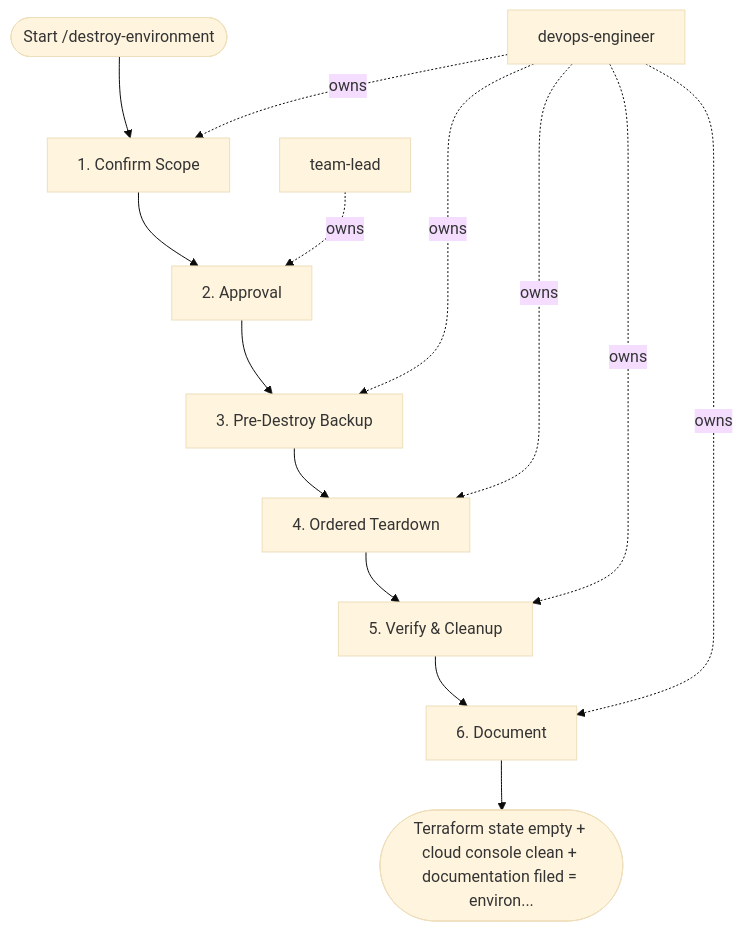
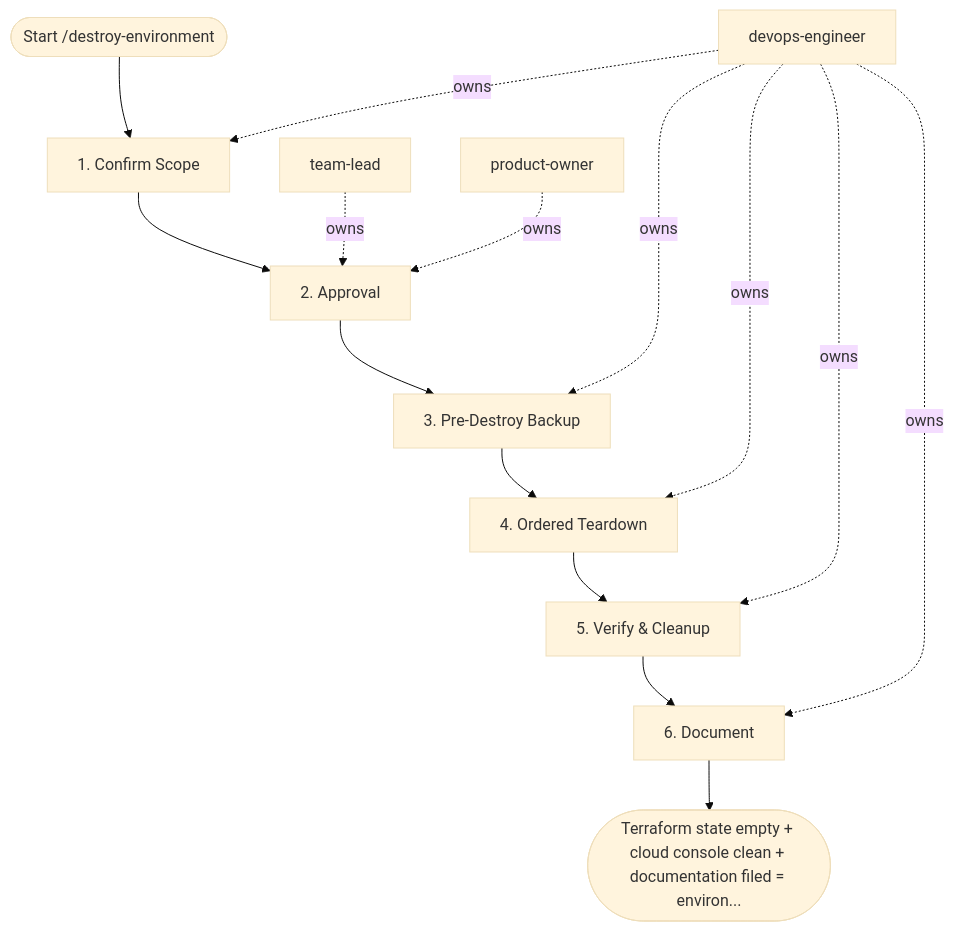
One commit to sawrus/agent-guides changed the diagram in areas/devops/infrastructure/workflows/destroy-environment.md. Above: the diagram before and after it, drawn with Mermaid (base theme). The commit also changed other lines of this file and 88 other files, not shown here.

````diff
--- a/areas/devops/infrastructure/workflows/destroy-environment.md
+++ b/areas/devops/infrastructure/workflows/destroy-environment.md
@@ -98,26 +109,28 @@
 ```mermaid
 flowchart TD
   start(["Start /destroy-environment"])
   role_1["devops-engineer"]
   role_2["team-lead"]
+  role_3["product-owner"]
   step_1["1. Confirm Scope"]
   step_2["2. Approval"]
   step_3["3. Pre-Destroy Backup"]
   step_4["4. Ordered Teardown"]
   step_5["5. Verify & Cleanup"]
   step_6["6. Document"]
   exit(["Terraform state empty + cloud console clean + documentation filed = environ..."])
   start --> step_1
   step_1 --> step_2
   step_2 --> step_3
   step_3 --> step_4
   step_4 --> step_5
   step_5 --> step_6
   step_6 --> exit
   role_1 -. owns .-> step_1
   role_2 -. owns .-> step_2
+  role_3 -. owns .-> step_2
   role_1 -. owns .-> step_3
   role_1 -. owns .-> step_4
   role_1 -. owns .-> step_5
   role_1 -. owns .-> step_6
 ```
````
